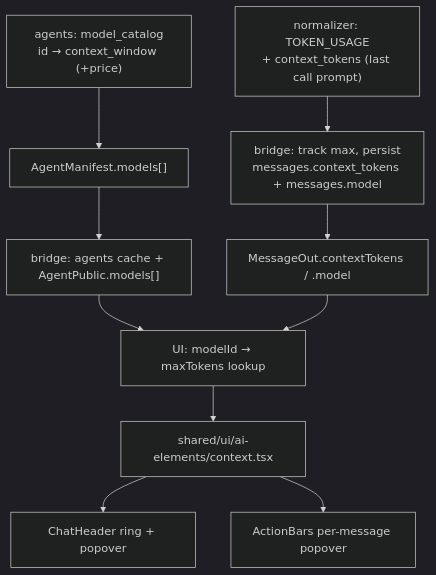
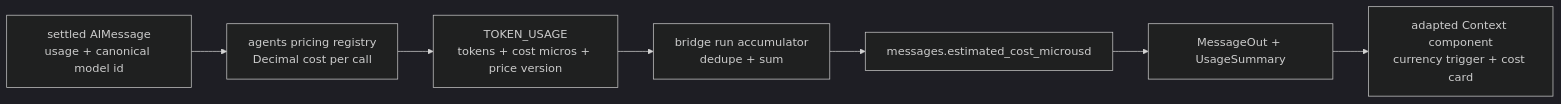
Before and after one commit to konstantinosmpouros/mAgenticX: the diagram in docs/plans/16-context-usage-ui.md, drawn with Mermaid (dark theme). The commit also changed other lines of this file and 31 other files, not shown here.

Commit message:
feat(dialogue_bridge,agents): reconcile chat_db and the agents volume in both directions

````diff
--- a/docs/plans/16-context-usage-ui.md
+++ b/docs/plans/16-context-usage-ui.md
@@ -99,12 +38,9 @@
 ```mermaid
-flowchart TD
-    A["agents: model_catalog<br/>id → context_window (+price)"] --> B["AgentManifest.models[]"]
-    B --> C["bridge: agents cache + AgentPublic.models[]"]
-    C --> D["UI: modelId → maxTokens lookup"]
-    E["normalizer: TOKEN_USAGE<br/>+ context_tokens (last call prompt)"] --> F["bridge: track max, persist<br/>messages.context_tokens + messages.model"]
-    F --> G["MessageOut.contextTokens / .model"]
-    G --> D
-    D --> H["shared/ui/ai-elements/context.tsx"]
-    H --> I["ChatHeader ring + popover"]
-    H --> J["ActionBars per-message popover"]
+flowchart LR
+    A["settled AIMessage<br/>usage + canonical model id"] --> B["agents pricing registry<br/>Decimal cost per call"]
+    B --> C["TOKEN_USAGE<br/>tokens + cost micros + price version"]
+    C --> D["bridge run accumulator<br/>dedupe + sum"]
+    D --> E["messages.estimated_cost_microusd"]
+    E --> F["MessageOut + UsageSummary"]
+    F --> G["adapted Context component<br/>currency trigger + cost card"]
 ```
````
